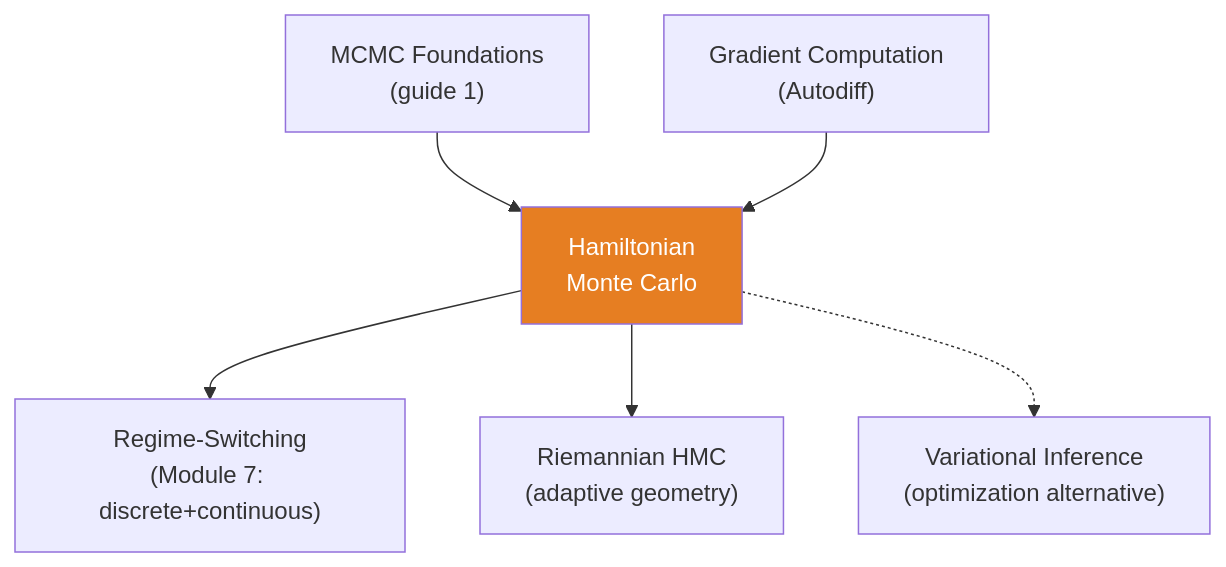
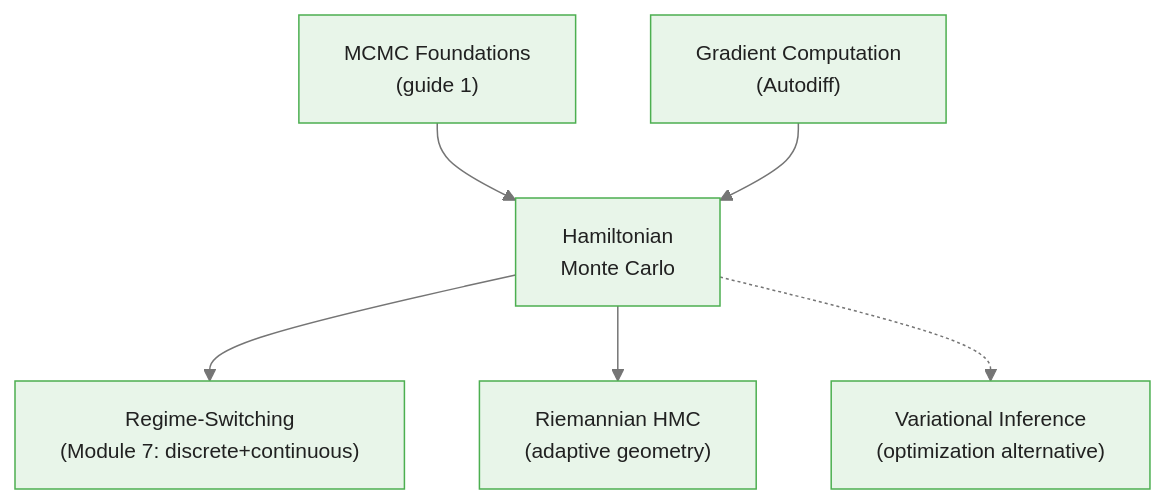
One commit to m-deane/course-creator changed the fifth of 5 diagrams in courses/bayesian-commodity-forecasting/modules/module_06_inference/guides/02_hamiltonian_monte_carlo_slides.md. Above: the diagram before and after it, drawn with Mermaid. The commit also changed other lines of this file and 104 other files, not shown here.

````diff
--- a/courses/bayesian-commodity-forecasting/modules/module_06_inference/guides/02_hamiltonian_monte_carlo_slides.md
+++ b/courses/bayesian-commodity-forecasting/modules/module_06_inference/guides/02_hamiltonian_monte_carlo_slides.md
@@ -386,9 +397,9 @@
 ```mermaid
+%%{init: {"theme": "base", "themeVariables": {"primaryColor": "#e8f5e9", "primaryBorderColor": "#4caf50", "primaryTextColor": "#212121", "secondaryColor": "#e3f2fd", "tertiaryColor": "#fff8e1", "lineColor": "#757575", "fontFamily": "Inter, sans-serif", "fontSize": "14px"}}}%%
 flowchart TD
     MCMC["MCMC Foundations\n(guide 1)"] --> HMC["Hamiltonian\nMonte Carlo"]
     GRAD["Gradient Computation\n(Autodiff)"] --> HMC
     HMC --> RS["Regime-Switching\n(Module 7: discrete+continuous)"]
     HMC --> ADV["Riemannian HMC\n(adaptive geometry)"]
     HMC -.-> VI["Variational Inference\n(optimization alternative)"]
-    style HMC fill:#e67e22,color:#fff
 ```
````
